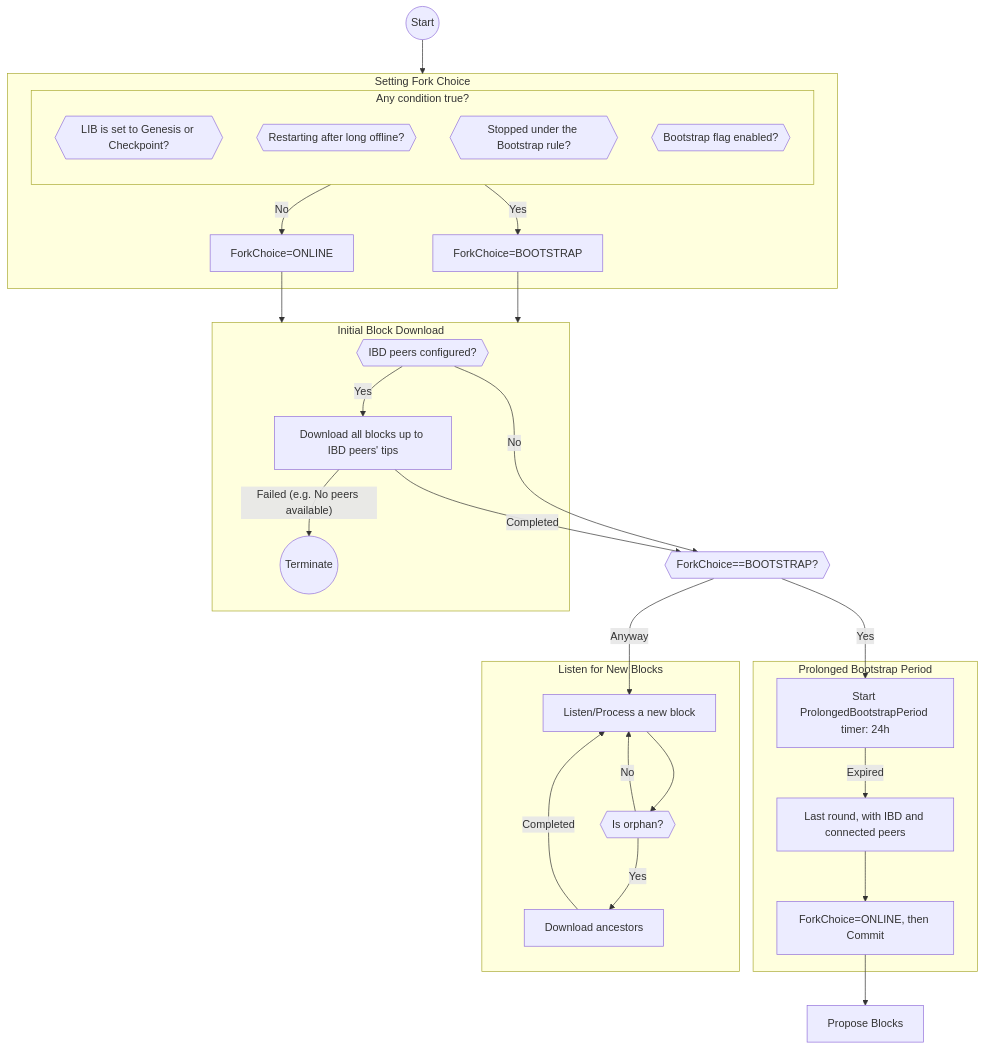
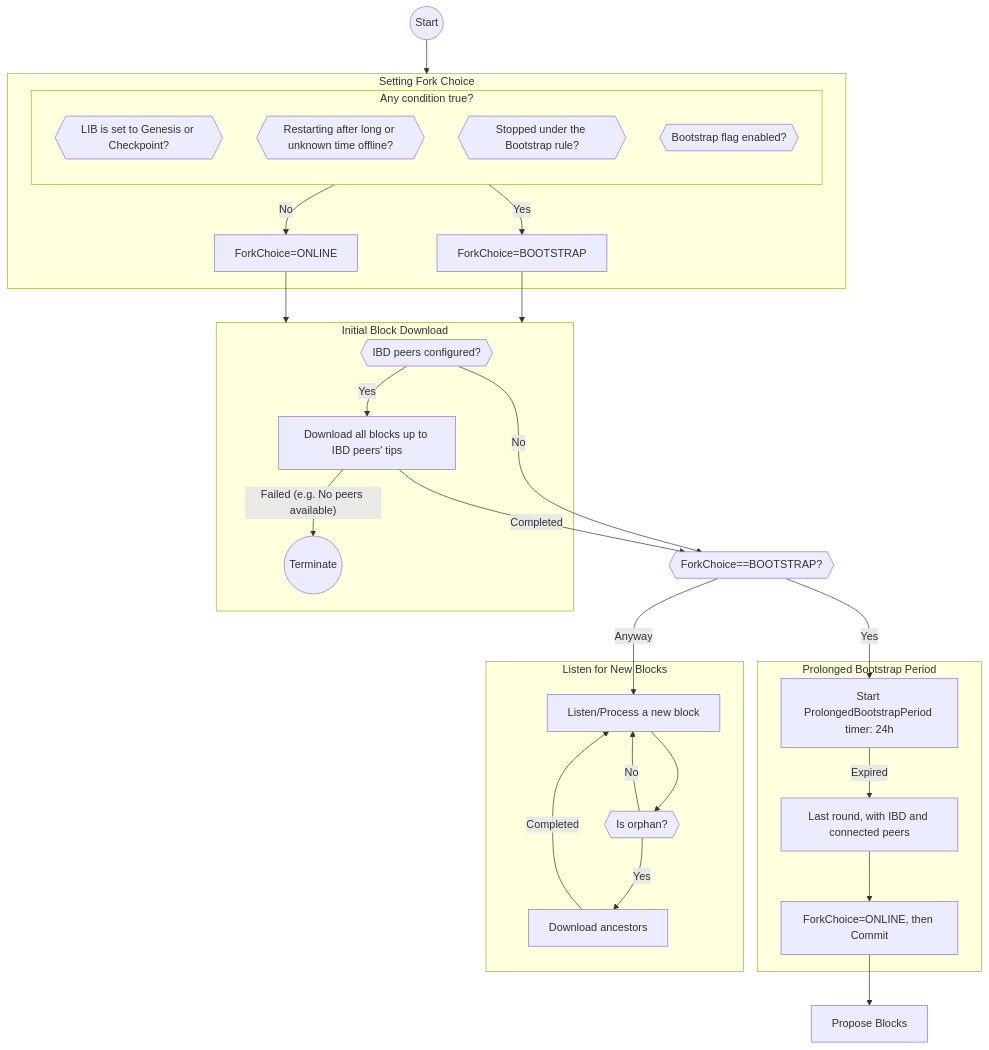
The first of 2 diagrams in docs/blockchain/raw/cryptarchia-v1-bootstr-sync.md (logos-co/logos-lips), drawn with Mermaid before and after one commit. The commit also changed other lines of this file, not shown here.

````diff
--- a/docs/blockchain/raw/cryptarchia-v1-bootstr-sync.md
+++ b/docs/blockchain/raw/cryptarchia-v1-bootstr-sync.md
@@ -58,37 +58,37 @@
 ```mermaid
 flowchart TD
     Start@{shape: circle, label: "Start"} --> SettingForkChoice
     subgraph SettingForkChoice[Setting Fork Choice]
         subgraph CheckBoostrap[Any condition true?]
             direction TB
             Cond1{{LIB is set to Genesis or Checkpoint?}}
-            Cond2{{Restarting after long offline?}}
+            Cond2{{Restarting after long or unknown time offline?}}
             Cond3{{Stopped under the Bootstrap rule?}}
             Cond4{{Bootstrap flag enabled?}}
         end
     CheckBoostrap -->|Yes| SetBootstrap[ForkChoice=BOOTSTRAP]
     CheckBoostrap -->|No| SetOnline[ForkChoice=ONLINE]
     end
 
     SetBootstrap --> IBD
     SetOnline --> IBD
     subgraph IBD[Initial Block Download]
       IBDPeersConfigured{{IBD peers configured?}} --> |Yes|DownloadUpToTips
         DownloadUpToTips[Download all blocks up to IBD peers' tips] --> |"Failed (e.g. No peers available)"| Terminate@{shape: circle, label: "Terminate"}
     end
     IBDPeersConfigured --> |No|IsBootstrapRule
     DownloadUpToTips -->|Completed|IsBootstrapRule
     IsBootstrapRule{{ForkChoice==BOOTSTRAP?}}
     IsBootstrapRule -->|Yes|StartBootstrapPeriod
     IsBootstrapRule -->|Anyway|NewBlocks
     subgraph Prolonged Bootstrap Period
         StartBootstrapPeriod[Start ProlongedBootstrapPeriod timer: 24h] --> |Expired|LastRound[Last round, with IBD and connected peers] --> SetOnlineAfterBootstrap["ForkChoice=ONLINE, then Commit"]
     end
     SetOnlineAfterBootstrap --> ProposeBlocks[Propose Blocks]
     subgraph ListenNewBlocks[Listen for New Blocks]
         NewBlocks[Listen/Process a new block] --> CheckOrphan{{Is orphan?}}
         CheckOrphan -->|Yes| HandleOrphan[Download ancestors]
         CheckOrphan -->|No| NewBlocks
         HandleOrphan --> |Completed|NewBlocks
     end
 ```
````
